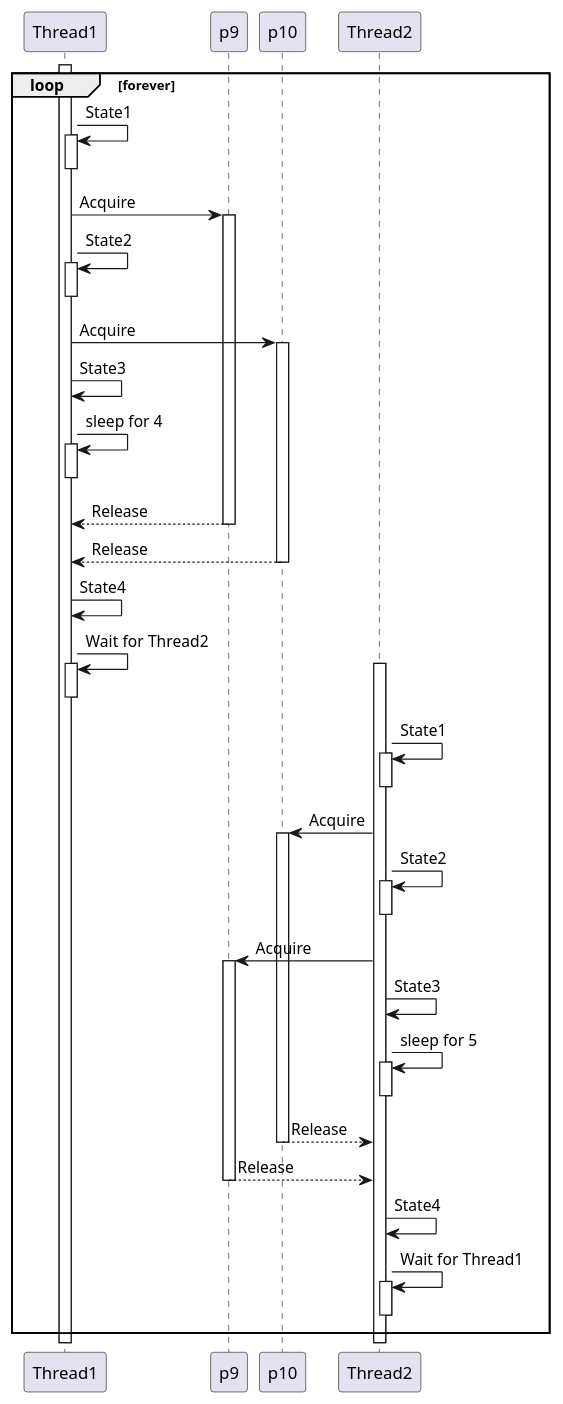
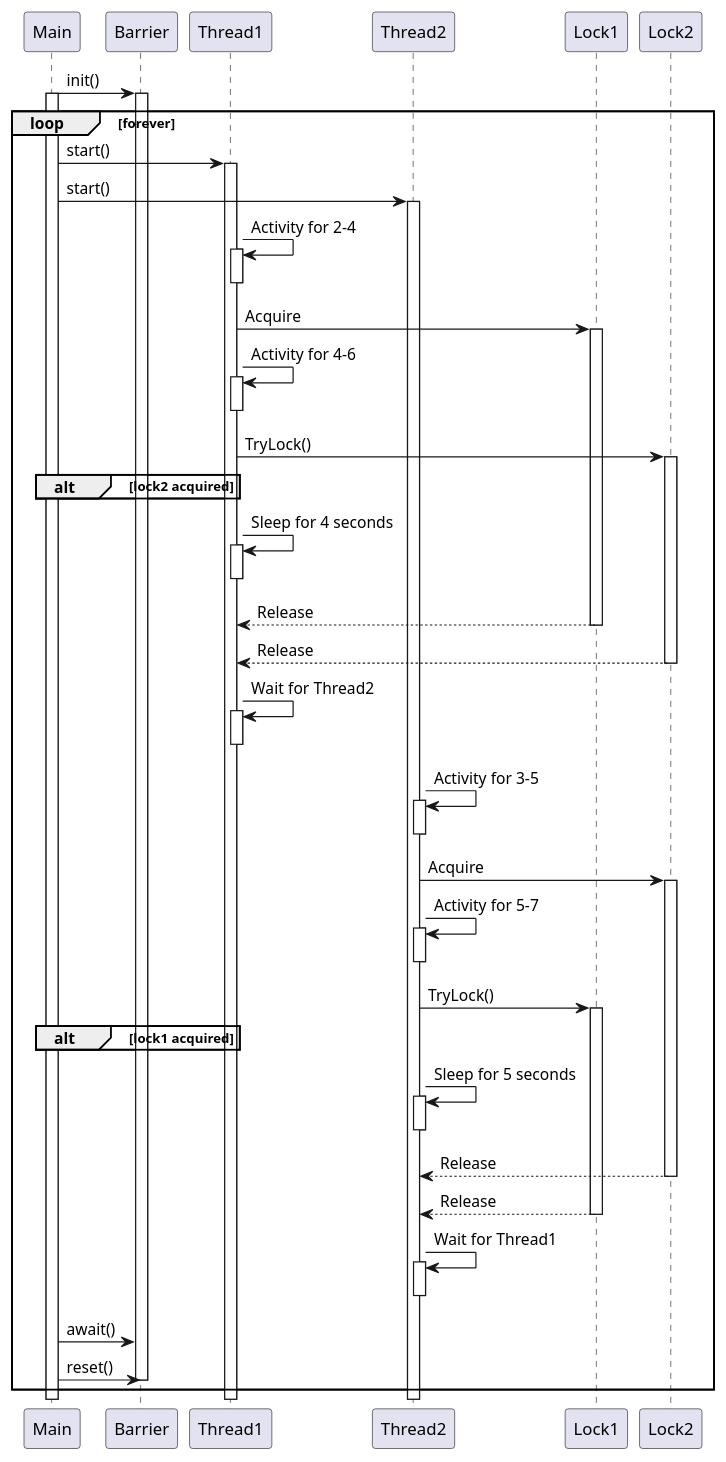
One commit to ileacosmin/IleaCosmin_30333_RTSLAB changed the diagram in RTS/src/LabSession5/Lab7/App1/Diagrams/SequenceDiagram.puml. Above: the diagram before and after it, drawn with PlantUML. The commit also changed 6 other files, not shown here.

Commit message:
fixed some diagrams

```diff
--- a/RTS/src/LabSession5/Lab7/App1/Diagrams/SequenceDiagram.puml
+++ b/RTS/src/LabSession5/Lab7/App1/Diagrams/SequenceDiagram.puml
@@ -1,54 +1,67 @@
 @startuml
+
+Main -> Barrier : init()
+activate Barrier
 loop forever
 
+    activate Main
+    Main -> Thread1 : start()
     activate Thread1
-    Thread1 -> Thread1 : State1
+    Main -> Thread2 : start()
+    activate Thread2
+
+
+    Thread1 -> Thread1 : Activity for 2-4
     activate Thread1
     deactivate Thread1
-    Thread1 -> p9 : Acquire
-    activate p9
-    Thread1 -> Thread1 : State2
+    Thread1 -> Lock1 : Acquire
+    activate Lock1
+    Thread1 -> Thread1 : Activity for 4-6
     activate Thread1
     deactivate Thread1
-    Thread1 -> p10 : Acquire
-    activate p10
-    Thread1 -> Thread1 : State3
-    Thread1 -> Thread1 : sleep for 4
+    Thread1 -> Lock2 : TryLock()
+    alt lock2 acquired
+        activate Lock2
+    end
+    Thread1 -> Thread1 : Sleep for 4 seconds
     activate Thread1
     deactivate Thread1
-    Thread1 <-- p9 : Release
-    deactivate p9
-    Thread1 <-- p10 : Release
-    deactivate p10
-    Thread1 -> Thread1 : State4
+    Thread1 <-- Lock1 : Release
+    deactivate Lock1
+    Thread1 <-- Lock2 : Release
+    deactivate Lock2
     Thread1 -> Thread1 : Wait for Thread2
     activate Thread1
     deactivate Thread1
 
-    activate Thread2
-    Thread2 -> Thread2 : State1
+    Thread2 -> Thread2 : Activity for 3-5
     activate Thread2
     deactivate Thread2
-    Thread2 -> p10 : Acquire
-    activate p10
-    Thread2 -> Thread2 :State2
+    Thread2 -> Lock2 : Acquire
+    activate Lock2
+    Thread2 -> Thread2 : Activity for 5-7
     activate Thread2
     deactivate Thread2
-    Thread2 -> p9 : Acquire
-    activate p9
-     Thread2 -> Thread2 :State3
-    Thread2 -> Thread2 : sleep for 5
+    Thread2 -> Lock1 : TryLock()
+    alt lock1 acquired
+        activate Lock1
+    end
+    activate Lock1
+    Thread2 -> Thread2 : Sleep for 5 seconds
     activate Thread2
     deactivate Thread2
-    Thread2 <-- p10 : Release
-    deactivate p10
-    Thread2 <-- p9 : Release
-    deactivate p9
-    Thread2 -> Thread2 : State4
-
+    Thread2 <-- Lock2 : Release
+    deactivate Lock2
+    Thread2 <-- Lock1 : Release
+    deactivate Lock1
     Thread2 -> Thread2 : Wait for Thread1
     activate Thread2
     deactivate Thread2
 
+    Main -> Barrier : await()
+    Main -> Barrier : reset()
+    deactivate Barrier
+
 end loop
+
 @enduml
```
